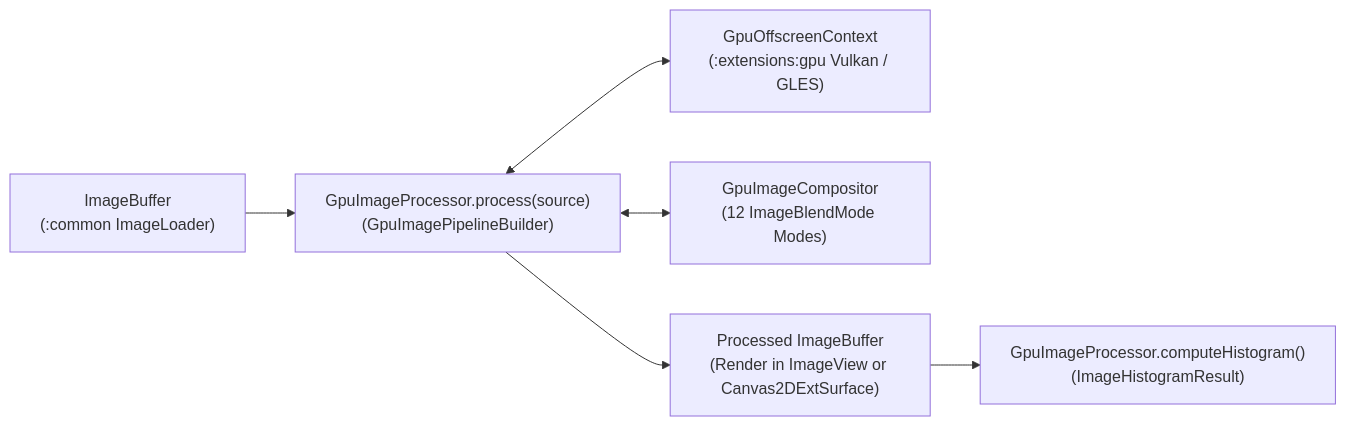
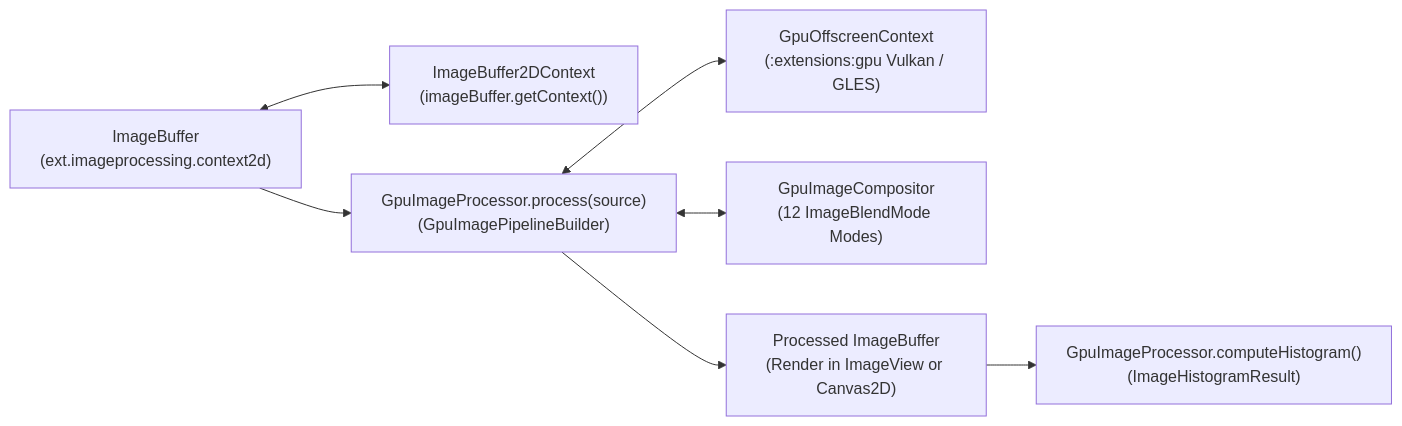
Before and after one commit to GenericUI/Extensions: the diagram in docs/imageprocessing.md, drawn with Mermaid. The commit also changed other lines of this file and 208 other files, not shown here.

Commit message:
feat(extensions): add AlienExtension, AlienScrollFragment, ScrollCanvas2D, ScrollCanvas3D, and Context2D engine

````diff
--- a/docs/imageprocessing.md
+++ b/docs/imageprocessing.md
@@ -11,15 +17,17 @@
 ```mermaid
 flowchart LR
-    Input["ImageBuffer<br/>(:common ImageLoader)"]
+    Input["ImageBuffer<br/>(ext.imageprocessing.context2d)"]
+    Ctx2D["ImageBuffer2DContext<br/>(imageBuffer.getContext())"]
     Builder["GpuImageProcessor.process(source)<br/>(GpuImagePipelineBuilder)"]
     GpuCtx["GpuOffscreenContext<br/>(:extensions:gpu Vulkan / GLES)"]
     Compositor["GpuImageCompositor<br/>(12 ImageBlendMode Modes)"]
     Histogram["GpuImageProcessor.computeHistogram()<br/>(ImageHistogramResult)"]
-    Output["Processed ImageBuffer<br/>(Render in ImageView or Canvas2DExtSurface)"]
+    Output["Processed ImageBuffer<br/>(Render in ImageView or Canvas2D)"]
 
+    Input <--> Ctx2D
     Input --> Builder
     Builder <--> GpuCtx
     Builder <--> Compositor
     Builder --> Output
     Output --> Histogram
 ```
````
